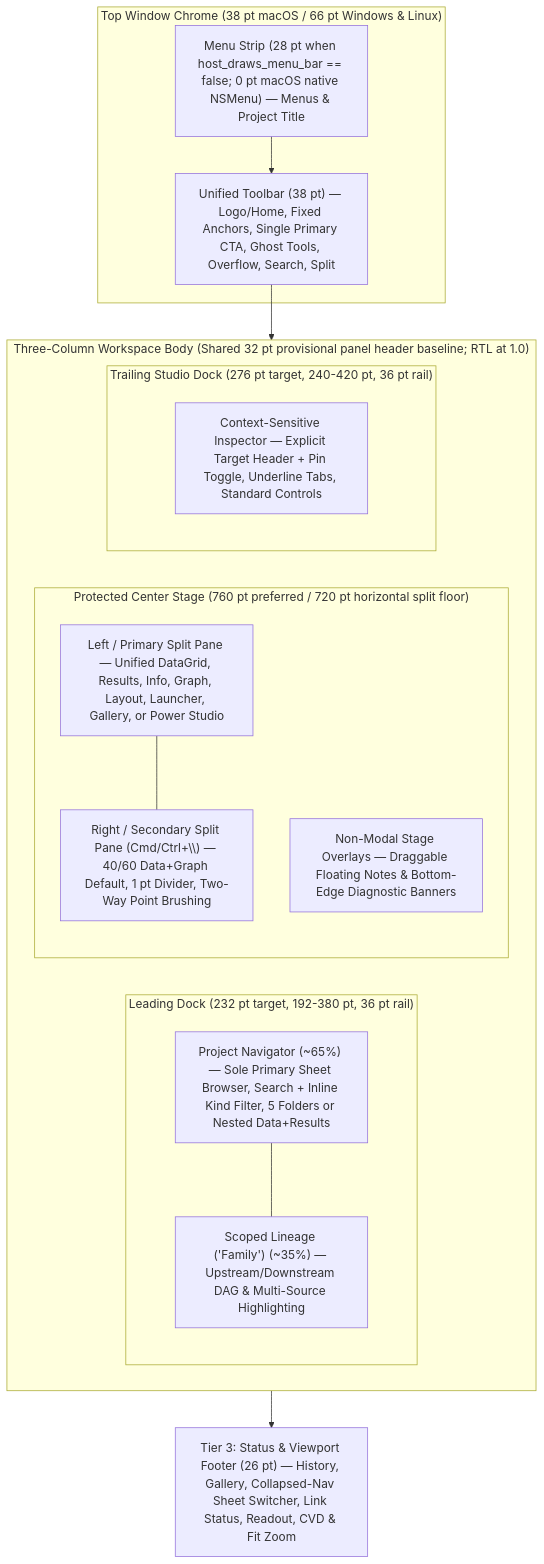
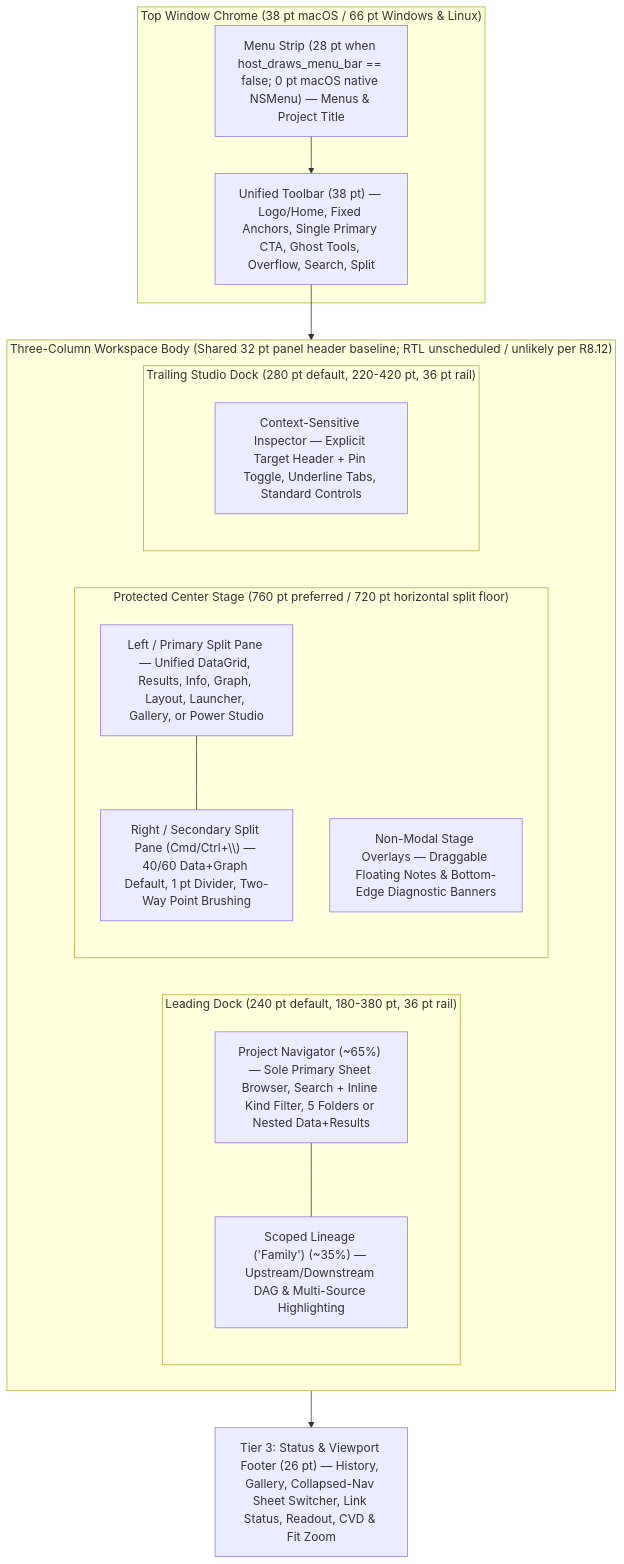
One commit to HauserGroup/curvebook changed the diagram in docs/planning/gui-layout-spec.md. Above: the diagram before and after it, drawn with Mermaid. The commit also changed other lines of this file and 39 other files, not shown here.

First line of the commit message:
docs: trim and sync ROADMAP, STATUS, and CurveBook documentation

````diff
--- a/docs/planning/gui-layout-spec.md
+++ b/docs/planning/gui-layout-spec.md
@@ -59,30 +59,30 @@
 ```mermaid
 flowchart TB
     subgraph TopChrome["Top Window Chrome (38 pt macOS / 66 pt Windows & Linux)"]
         AppBar["Menu Strip (28 pt when host_draws_menu_bar == false; 0 pt macOS native NSMenu) — Menus & Project Title"]
         ActionStrip["Unified Toolbar (38 pt) — Logo/Home, Fixed Anchors, Single Primary CTA, Ghost Tools, Overflow, Search, Split"]
     end
 
-    subgraph Body["Three-Column Workspace Body (Shared 32 pt provisional panel header baseline; RTL at 1.0)"]
-        subgraph LeadingDock["Leading Dock (232 pt target, 192-380 pt, 36 pt rail)"]
+    subgraph Body["Three-Column Workspace Body (Shared 32 pt panel header baseline; RTL unscheduled / unlikely per R8.12)"]
+        subgraph LeadingDock["Leading Dock (240 pt default, 180-380 pt, 36 pt rail)"]
             NavTree["Project Navigator (~65%) — Sole Primary Sheet Browser, Search + Inline Kind Filter, 5 Folders or Nested Data+Results"]
             FamilyDAG["Scoped Lineage ('Family') (~35%) — Upstream/Downstream DAG & Multi-Source Highlighting"]
         end
 
         subgraph CenterStage["Protected Center Stage (760 pt preferred / 720 pt horizontal split floor)"]
             PrimaryPane["Left / Primary Split Pane — Unified DataGrid, Results, Info, Graph, Layout, Launcher, Gallery, or Power Studio"]
             SplitPane["Right / Secondary Split Pane (Cmd/Ctrl+\\) — 40/60 Data+Graph Default, 1 pt Divider, Two-Way Point Brushing"]
             Overlays["Non-Modal Stage Overlays — Draggable Floating Notes & Bottom-Edge Diagnostic Banners"]
         end
 
-        subgraph TrailingDock["Trailing Studio Dock (276 pt target, 240-420 pt, 36 pt rail)"]
+        subgraph TrailingDock["Trailing Studio Dock (280 pt default, 220-420 pt, 36 pt rail)"]
             Studio["Context-Sensitive Inspector — Explicit Target Header + Pin Toggle, Underline Tabs, Standard Controls"]
         end
     end
 
     Footer["Tier 3: Status & Viewport Footer (26 pt) — History, Gallery, Collapsed-Nav Sheet Switcher, Link Status, Readout, CVD & Fit Zoom"]
 
     AppBar --> ActionStrip --> Body --> Footer
     NavTree --- FamilyDAG
     PrimaryPane --- SplitPane
 ```
````
